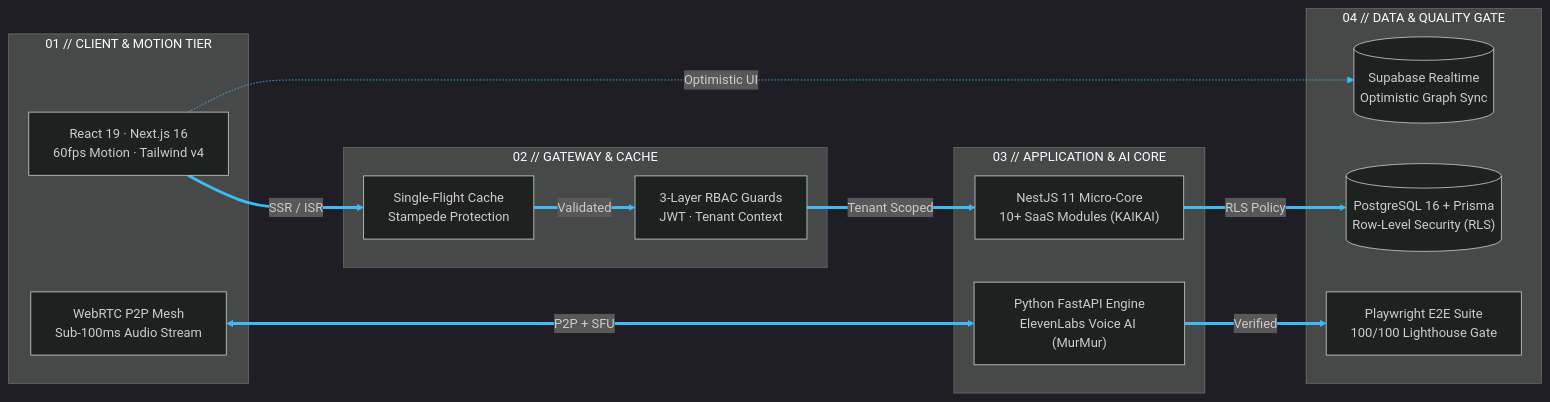
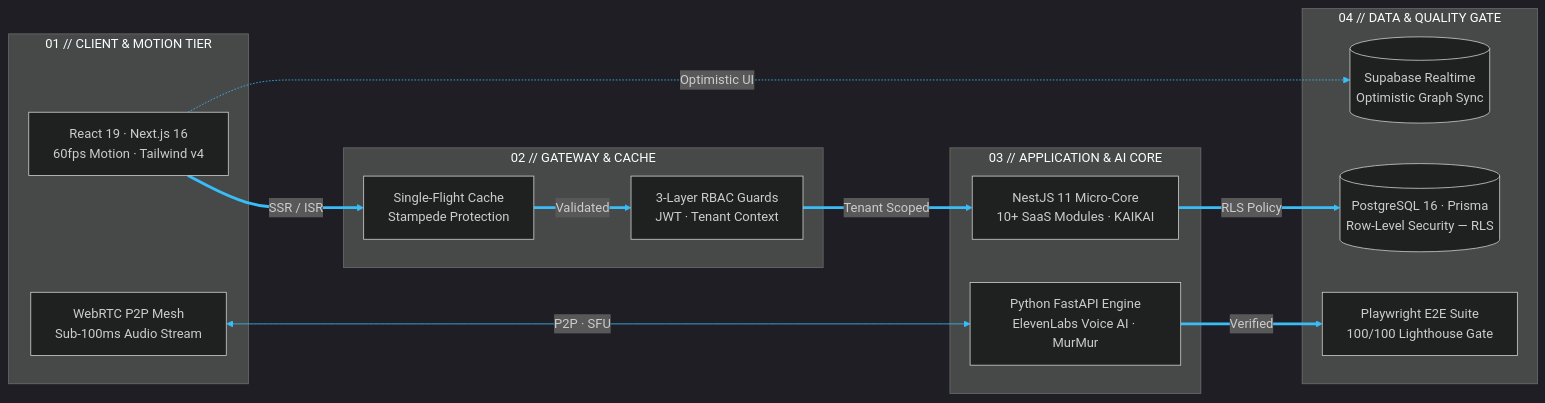
The diagram in README.md (trantanphat2510/trantanphat2510), drawn with Mermaid before and after one commit. The commit also changed 12 other files, not shown here.

````diff
--- a/README.md
+++ b/README.md
@@ -38,32 +38,32 @@
 ```mermaid
 %%{init: {'theme': 'dark', 'themeVariables': { 'primaryColor': '#131C2E', 'primaryTextColor': '#F8FAFC', 'primaryBorderColor': '#38BDF8', 'lineColor': '#38BDF8', 'secondaryColor': '#1F1421', 'tertiaryColor': '#0B0F17'}}}%%
 flowchart LR
   subgraph Client["01 // CLIENT & MOTION TIER"]
     UI["React 19 · Next.js 16<br/>60fps Motion · Tailwind v4"]
     RTC["WebRTC P2P Mesh<br/>Sub-100ms Audio Stream"]
   end
 
   subgraph Edge["02 // GATEWAY & CACHE"]
     SFC["Single-Flight Cache<br/>Stampede Protection"]
     RBAC["3-Layer RBAC Guards<br/>JWT · Tenant Context"]
   end
 
   subgraph Core["03 // APPLICATION & AI CORE"]
-    NEST["NestJS 11 Micro-Core<br/>10+ SaaS Modules (KAIKAI)"]
-    FAST["Python FastAPI Engine<br/>ElevenLabs Voice AI (MurMur)"]
+    NEST["NestJS 11 Micro-Core<br/>10+ SaaS Modules · KAIKAI"]
+    FAST["Python FastAPI Engine<br/>ElevenLabs Voice AI · MurMur"]
   end
 
   subgraph Data["04 // DATA & QUALITY GATE"]
-    PG[("PostgreSQL 16 + Prisma<br/>Row-Level Security (RLS)")]
+    PG[("PostgreSQL 16 · Prisma<br/>Row-Level Security — RLS")]
     SUPA[("Supabase Realtime<br/>Optimistic Graph Sync")]
     E2E["Playwright E2E Suite<br/>100/100 Lighthouse Gate"]
   end
 
   UI ==>|"SSR / ISR"| SFC
   SFC ==>|"Validated"| RBAC
   RBAC ==>|"Tenant Scoped"| NEST
   NEST ==>|"RLS Policy"| PG
   UI -.->|"Optimistic UI"| SUPA
-  RTC <==>|"P2P + SFU"| FAST
+  RTC <-->|"P2P · SFU"| FAST
   FAST ==>|"Verified"| E2E
 ```
````
